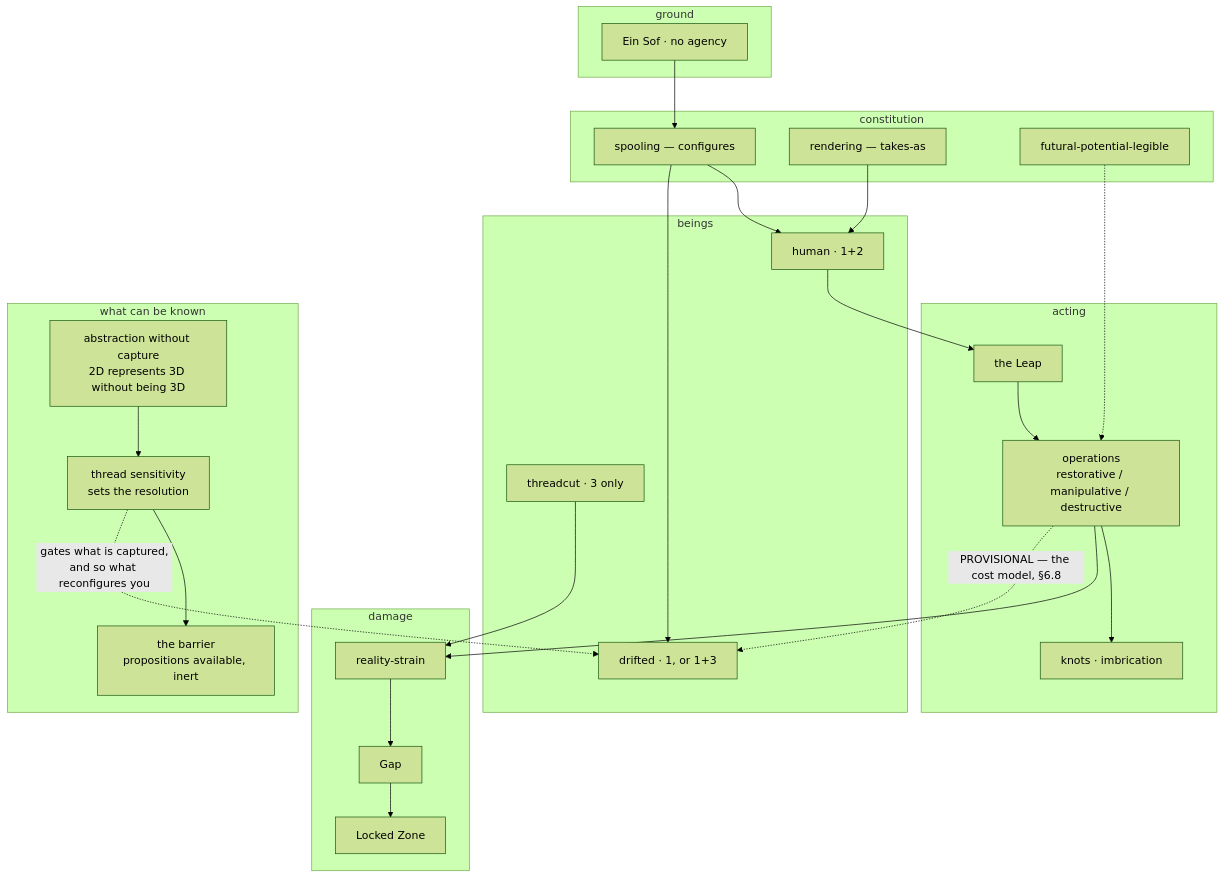
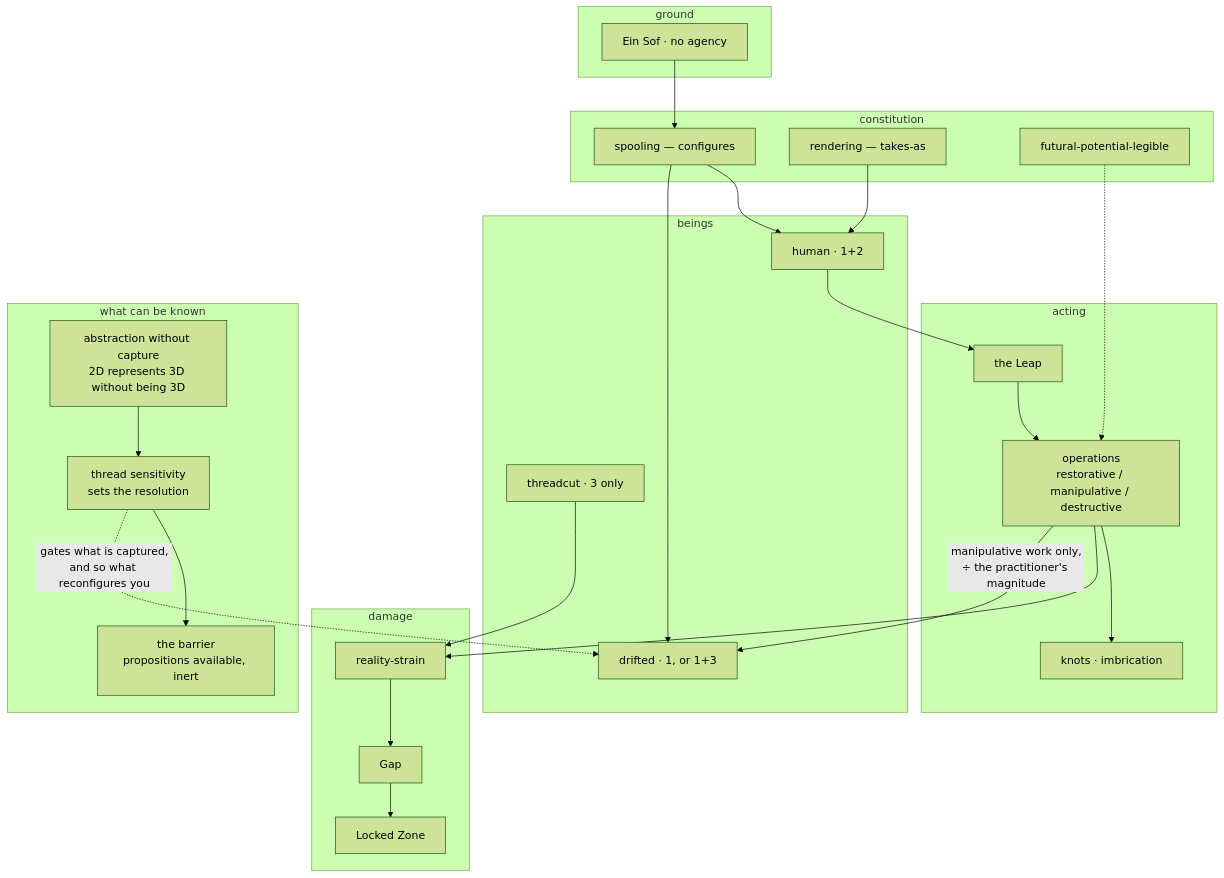
The eighth of 8 diagrams in canon/philosophy/DIAGRAM.md (jordanelias/ttrpg), drawn with Mermaid (forest theme) before and after one commit. The commit also changed other lines of this file and 7 other files, not shown here.

````diff
--- a/canon/philosophy/DIAGRAM.md
+++ b/canon/philosophy/DIAGRAM.md
@@ -246,43 +275,43 @@
 ```mermaid
 flowchart TB
     subgraph GROUND["ground"]
         ES["Ein Sof · no agency"]
     end
     subgraph CONST["constitution"]
         SP["spooling — configures"]
         REND["rendering — takes-as"]
         EQ["futural-potential-legible"]
     end
     subgraph BEING["beings"]
         HU["human · 1+2"]
         TC["threadcut · 3 only"]
         DR["drifted · 1, or 1+3"]
     end
     subgraph ACT["acting"]
         LEAP["the Leap"]
         OPS["operations<br/>restorative / manipulative / destructive"]
         KN["knots · imbrication"]
     end
     subgraph HARM["damage"]
         GAP["Gap"]
         LOCK["Locked Zone"]
         STRAIN["reality-strain"]
     end
     subgraph EPI["what can be known"]
         ABS["abstraction without capture<br/>2D represents 3D without being 3D"]
         TS["thread sensitivity<br/>sets the resolution"]
         BAR["the barrier<br/>propositions available, inert"]
     end
 
     ES --> SP --> HU
     SP --> DR
     REND --> HU
     EQ -.-> OPS
     HU --> LEAP --> OPS --> KN
     OPS --> STRAIN
-    OPS -.->|"PROVISIONAL — the cost model, §6.8"| DR
+    OPS -->|"manipulative work only,<br/>÷ the practitioner's magnitude"| DR
     STRAIN --> GAP --> LOCK
     TC --> STRAIN
     ABS --> TS --> BAR
     TS -.->|"gates what is captured,<br/>and so what reconfigures you"| DR
 ```
````
